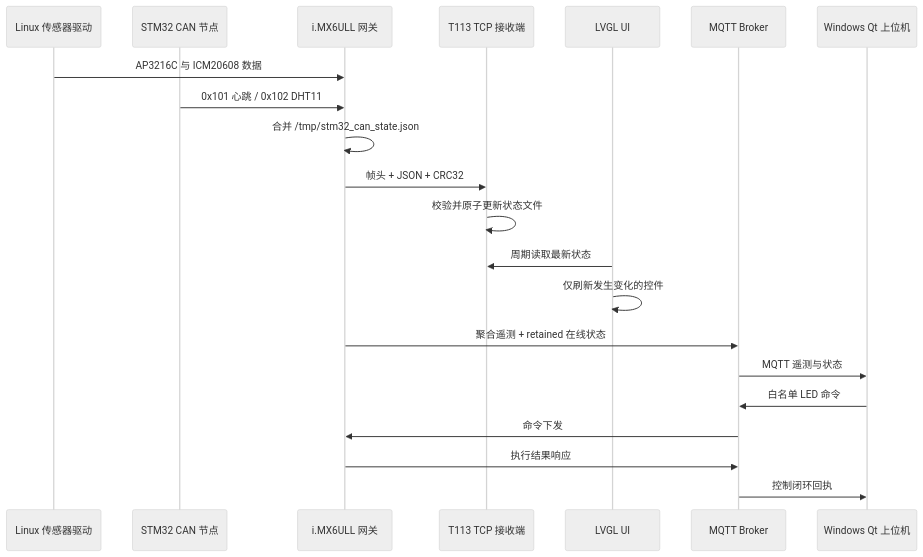
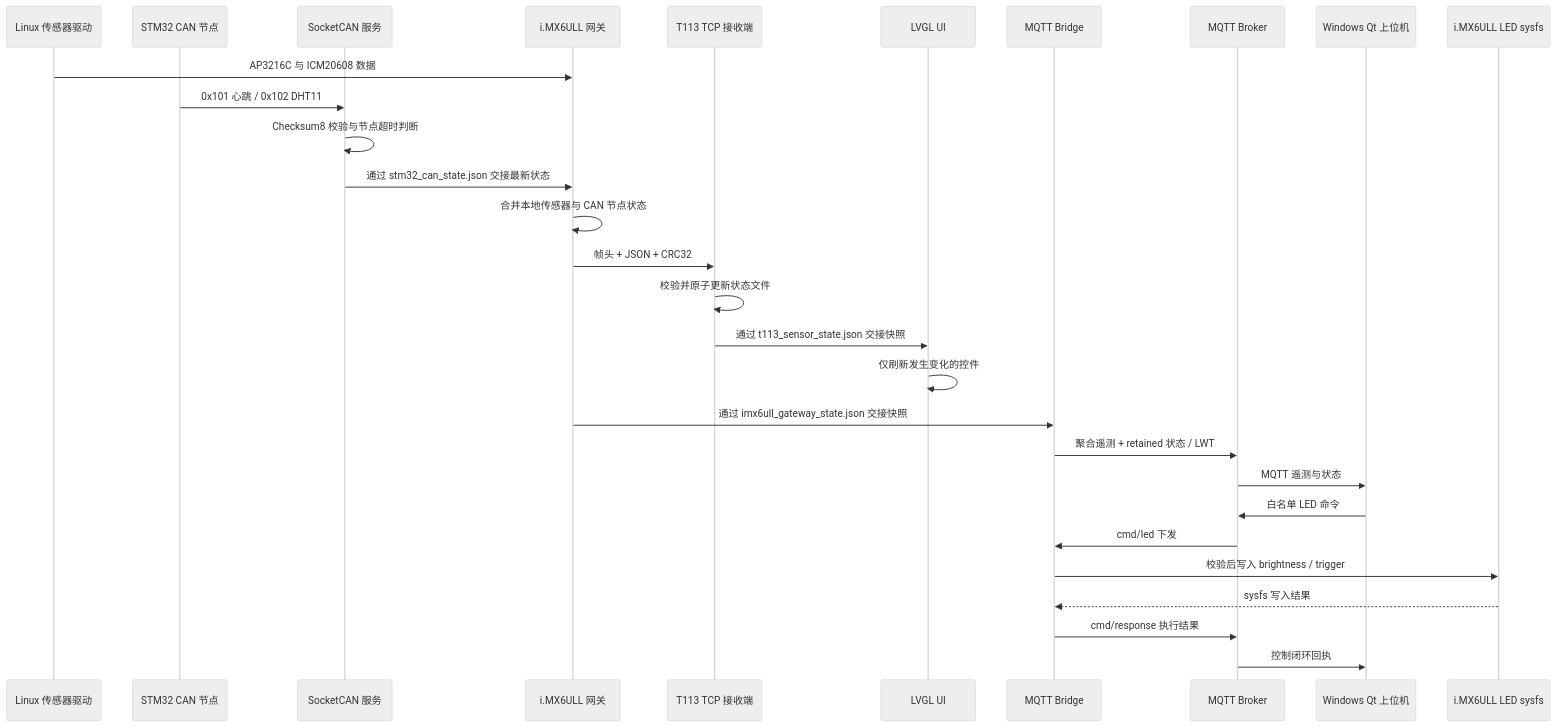
One commit to Maaap1e/imx6ull-t113-distributed-iot-gateway changed the diagram in README.md. Above: the diagram before and after it, drawn with Mermaid (neutral theme). The commit also changed other lines of this file and 1 other file, not shown here.

Commit message:
docs: add end-to-end data flow figure

````diff
--- a/README.md
+++ b/README.md
@@ -117,24 +124,32 @@
 ```mermaid
 sequenceDiagram
     participant S as Linux 传感器驱动
     participant C as STM32 CAN 节点
+    participant K as SocketCAN 服务
     participant G as i.MX6ULL 网关
     participant R as T113 TCP 接收端
     participant U as LVGL UI
+    participant M as MQTT Bridge
     participant B as MQTT Broker
     participant P as Windows Qt 上位机
+    participant L as i.MX6ULL LED sysfs
 
     S->>G: AP3216C 与 ICM20608 数据
-    C->>G: 0x101 心跳 / 0x102 DHT11
-    G->>G: 合并 /tmp/stm32_can_state.json
+    C->>K: 0x101 心跳 / 0x102 DHT11
+    K->>K: Checksum8 校验与节点超时判断
+    K->>G: 通过 stm32_can_state.json 交接最新状态
+    G->>G: 合并本地传感器与 CAN 节点状态
     G->>R: 帧头 + JSON + CRC32
     R->>R: 校验并原子更新状态文件
-    U->>R: 周期读取最新状态
+    R->>U: 通过 t113_sensor_state.json 交接快照
     U->>U: 仅刷新发生变化的控件
-    G->>B: 聚合遥测 + retained 在线状态
+    G->>M: 通过 imx6ull_gateway_state.json 交接快照
+    M->>B: 聚合遥测 + retained 状态 / LWT
     B->>P: MQTT 遥测与状态
     P->>B: 白名单 LED 命令
-    B->>G: 命令下发
-    G->>B: 执行结果响应
+    B->>M: cmd/led 下发
+    M->>L: 校验后写入 brightness / trigger
+    L-->>M: sysfs 写入结果
+    M->>B: cmd/response 执行结果
     B->>P: 控制闭环回执
 ```
````
